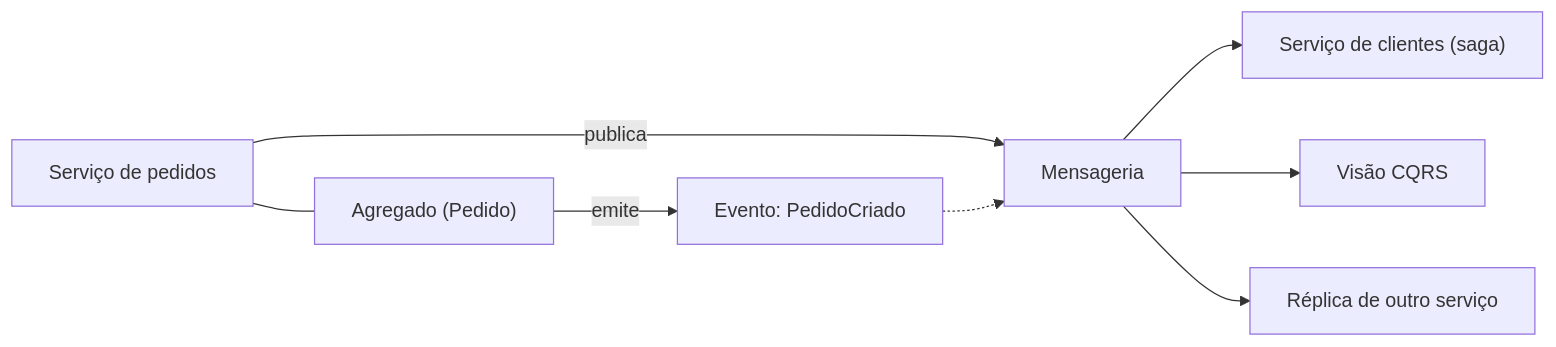
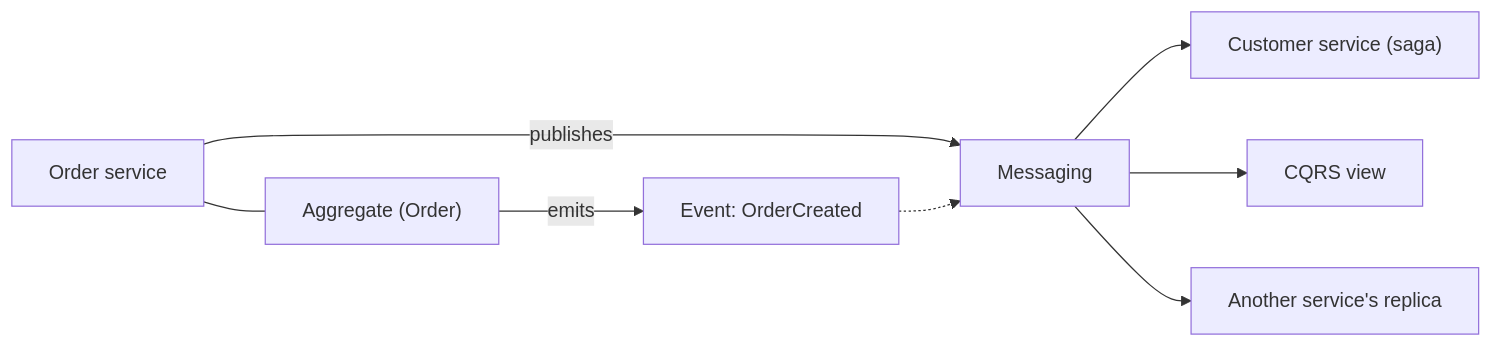
Before and after one commit to alancesar/design-patterns: the diagram in docs/architecture/microservices/service-collaboration/domain-event.md, drawn with Mermaid. The commit also changed 258 other files, not shown here.

First line of the commit message:
Translate Mermaid diagrams to English

````diff
--- a/docs/architecture/microservices/service-collaboration/domain-event.md
+++ b/docs/architecture/microservices/service-collaboration/domain-event.md
@@ -59,10 +59,10 @@
 ```mermaid
 flowchart LR
-    A["Agregado (Pedido)"] -->|"emite"| E["Evento: PedidoCriado"]
-    S["Serviço de pedidos"] --- A
-    S -->|"publica"| B["Mensageria"]
+    A["Aggregate (Order)"] -->|"emits"| E["Event: OrderCreated"]
+    S["Order service"] --- A
+    S -->|"publishes"| B["Messaging"]
     E -.-> B
-    B --> C1["Serviço de clientes (saga)"]
-    B --> C2["Visão CQRS"]
-    B --> C3["Réplica de outro serviço"]
+    B --> C1["Customer service (saga)"]
+    B --> C2["CQRS view"]
+    B --> C3["Another service's replica"]
 ```
````
